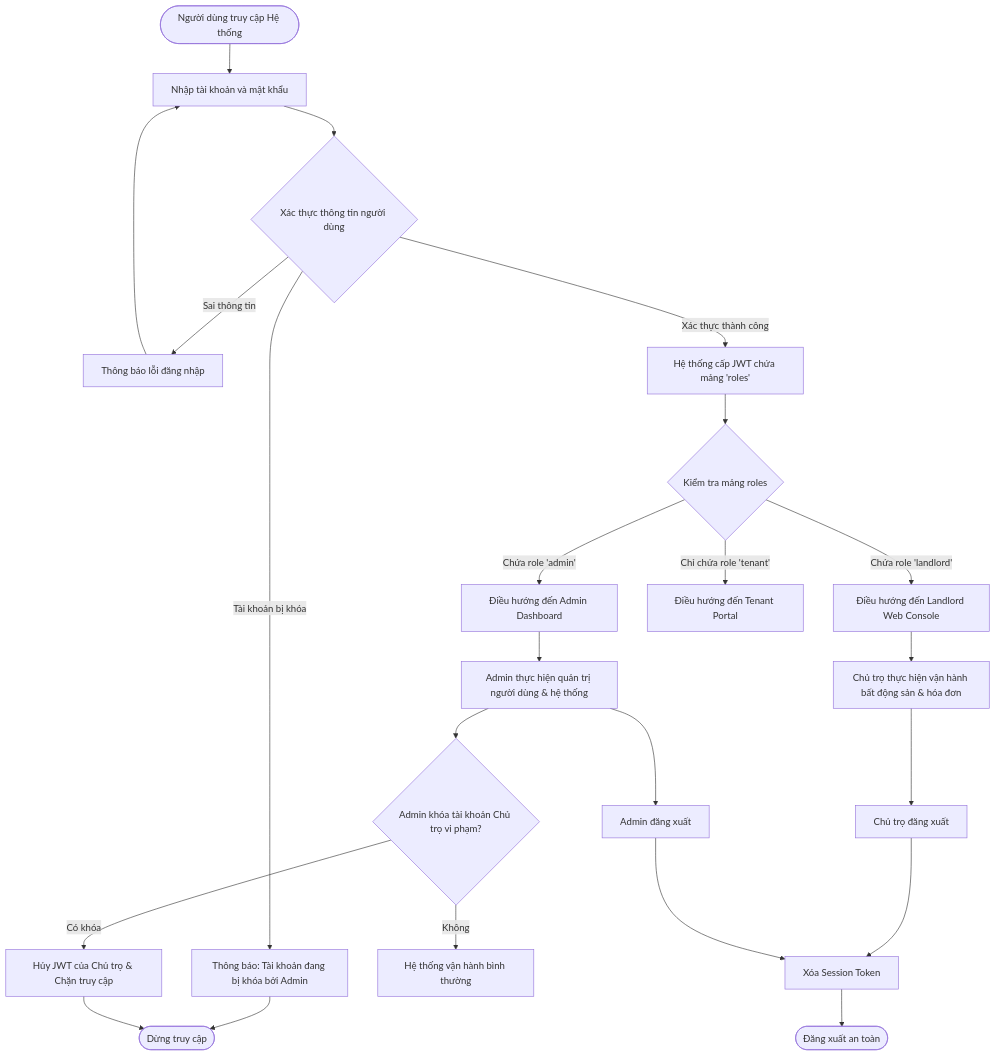
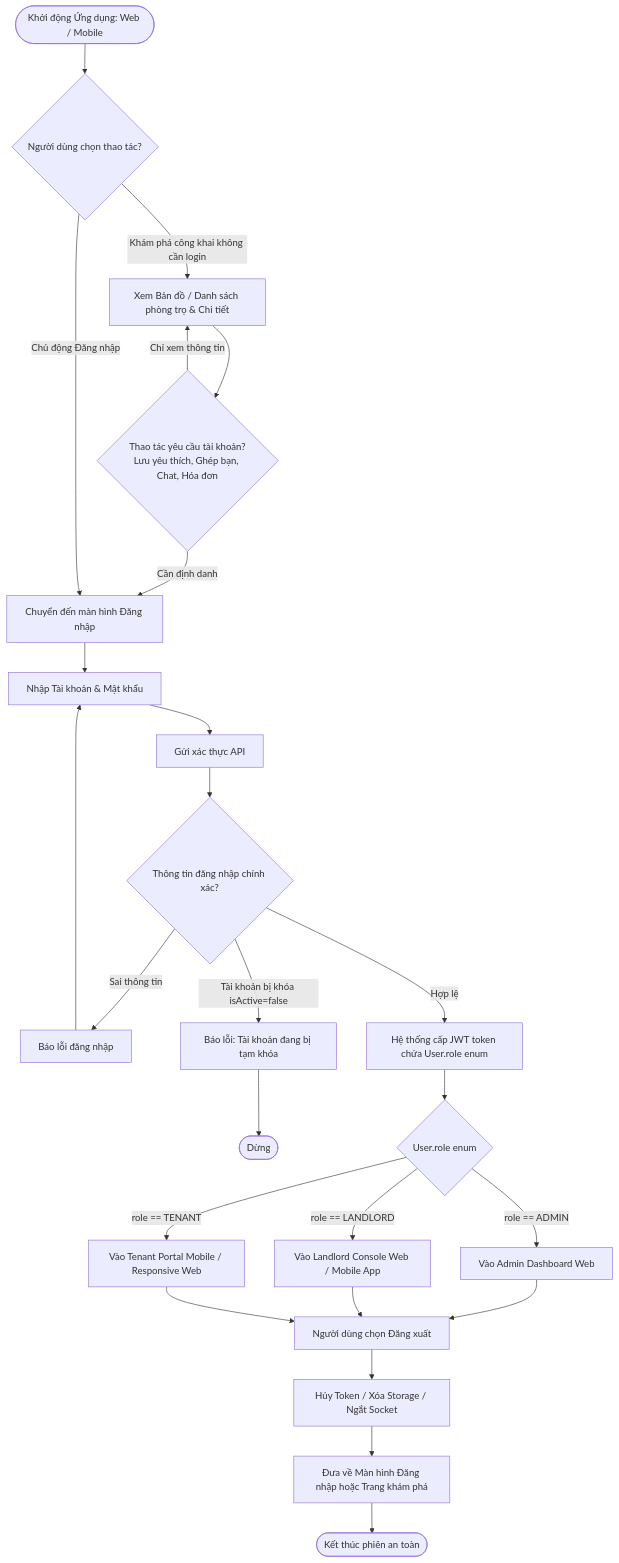
The diagram in phase-1/discovery/user_flow/shared_user_flow.md (pbl6-home-renter/docs), drawn with Mermaid before and after one commit. The commit also changed other lines of this file and 7 other files, not shown here.

Commit message:
feat: update userflow and admin - landlord web wireframe

````diff
--- a/phase-1/discovery/user_flow/shared_user_flow.md
+++ b/phase-1/discovery/user_flow/shared_user_flow.md
@@ -6,30 +25,37 @@
 ```mermaid
 flowchart TD
-    UserStart([Người dùng truy cập Hệ thống]) --> InputCredentials[Nhập tài khoản và mật khẩu]
-    InputCredentials --> AuthenticateUser{Xác thực thông tin người dùng}
+    AppStart([Khởi động Ứng dụng: Web / Mobile]) --> CheckPublicAction{Người dùng chọn thao tác?}
     
-    AuthenticateUser -->|Sai thông tin| AuthFailure[Thông báo lỗi đăng nhập] --> InputCredentials
-    AuthenticateUser -->|Tài khoản bị khóa| AccountLocked[Thông báo: Tài khoản đang bị khóa bởi Admin] --> UserEndFail([Dừng truy cập])
+    %% Nhánh 1: Khám phá công khai (Guest)
+    CheckPublicAction -->|Khám phá công khai không cần login| GuestBrowse[Xem Bản đồ / Danh sách phòng trọ & Chi tiết]
+    GuestBrowse --> NeedProtectedAction{Thao tác yêu cầu tài khoản?<br>Lưu yêu thích, Ghép bạn, Chat, Hóa đơn}
+    NeedProtectedAction -->|Chỉ xem thông tin| GuestBrowse
+    NeedProtectedAction -->|Cần định danh| TriggerLogin[Chuyển đến màn hình Đăng nhập]
     
-    AuthenticateUser -->|Xác thực thành công| IssueToken[Hệ thống cấp JWT chứa mảng 'roles']
+    %% Nhánh 2: Chủ động đăng nhập
+    CheckPublicAction -->|Chủ động Đăng nhập| TriggerLogin
     
-    IssueToken --> InspectRoles{Kiểm tra mảng roles}
+    TriggerLogin --> InputCreds[Nhập Tài khoản & Mật khẩu]
+    InputCreds --> SubmitAuth[Gửi xác thực API]
     
-    InspectRoles -->|Chứa role 'admin'| GoAdminPanel[Điều hướng đến Admin Dashboard]
-    InspectRoles -->|Chứa role 'landlord'| GoLandlordConsole[Điều hướng đến Landlord Web Console]
-    InspectRoles -->|Chỉ chứa role 'tenant'| GoTenantPortal[Điều hướng đến Tenant Portal]
+    SubmitAuth --> ValidateAuth{Thông tin đăng nhập chính xác?}
+    ValidateAuth -->|Sai thông tin| ShowAuthErr[Báo lỗi đăng nhập] --> InputCreds
+    ValidateAuth -->|Tài khoản bị khóa isActive=false| ShowLockErr[Báo lỗi: Tài khoản đang bị tạm khóa] --> EndBlocked([Dừng])
     
-    GoAdminPanel --> AdminSession[Admin thực hiện quản trị người dùng & hệ thống]
-    GoLandlordConsole --> LandlordSession[Chủ trọ thực hiện vận hành bất động sản & hóa đơn]
+    ValidateAuth -->|Hợp lệ| IssueJWT[Hệ thống cấp JWT token chứa User.role enum]
     
-    AdminSession --> TriggerLockAction{Admin khóa tài khoản Chủ trọ vi phạm?}
-    TriggerLockAction -->|Có khóa| InvalidateLLSession[Hủy JWT của Chủ trọ & Chặn truy cập]
-    InvalidateLLSession --> UserEndFail
-    TriggerLockAction -->|Không| ContinueNormal[Hệ thống vận hành bình thường]
+    %% Điều hướng theo Role bất biến
+    IssueJWT --> RouteByRole{User.role enum}
+    RouteByRole -->|role == ADMIN| GoAdmin[Vào Admin Dashboard Web]
+    RouteByRole -->|role == LANDLORD| GoLandlord[Vào Landlord Console Web / Mobile App]
+    RouteByRole -->|role == TENANT| GoTenant[Vào Tenant Portal Mobile / Responsive Web]
     
-    LandlordSession --> LandlordLogout[Chủ trọ đăng xuất]
-    AdminSession --> AdminLogout[Admin đăng xuất]
+    %% Đăng xuất cho cả 3 vai trò
+    GoAdmin --> DoLogout[Người dùng chọn Đăng xuất]
+    GoLandlord --> DoLogout
+    GoTenant --> DoLogout
     
-    LandlordLogout --> ClearUserToken[Xóa Session Token] --> UserEndSuccess([Đăng xuất an toàn])
-    AdminLogout --> ClearUserToken
+    DoLogout --> ClearSession[Hủy Token / Xóa Storage / Ngắt Socket]
+    ClearSession --> RedirectGuest[Đưa về Màn hình Đăng nhập hoặc Trang khám phá]
+    RedirectGuest --> EndSession([Kết thúc phiên an toàn])
 ```
````
